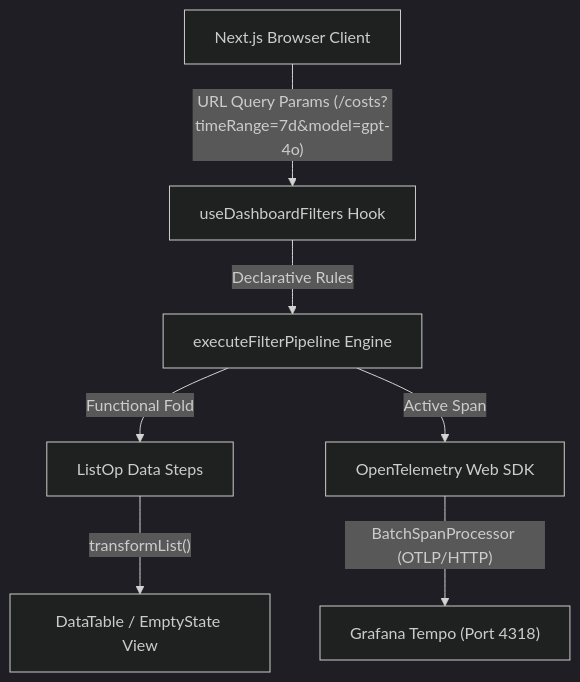
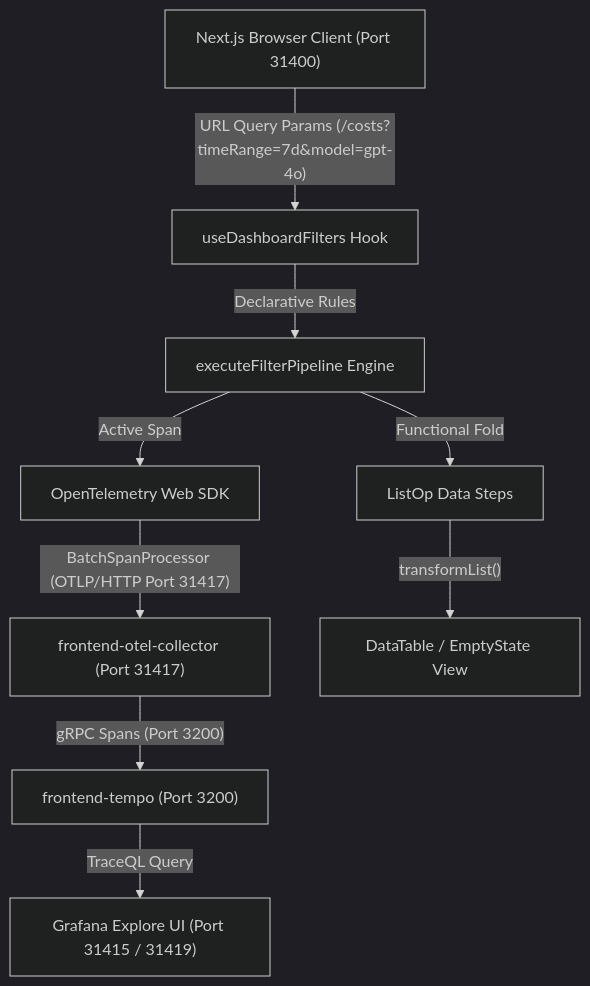
The first of 2 diagrams in packages/node/web-app/adr/0005-deep-linkable-url-filters-and-opentelemetry-tracing.md (Chief-Strategist-J/llm-observability-platform), drawn with Mermaid (dark theme) before and after one commit. The commit also changed other lines of this file and 31 other files, not shown here.

````diff
--- a/packages/node/web-app/adr/0005-deep-linkable-url-filters-and-opentelemetry-tracing.md
+++ b/packages/node/web-app/adr/0005-deep-linkable-url-filters-and-opentelemetry-tracing.md
@@ -31,9 +32,11 @@
 ```mermaid
 graph TD
-    Browser["Next.js Browser Client"] -->|"URL Query Params (/costs?timeRange=7d&model=gpt-4o)"| Hook["useDashboardFilters Hook"]
+    Browser["Next.js Browser Client (Port 31400)"] -->|"URL Query Params (/costs?timeRange=7d&model=gpt-4o)"| Hook["useDashboardFilters Hook"]
     Hook -->|"Declarative Rules"| Pipeline["executeFilterPipeline Engine"]
     Pipeline -->|"Functional Fold"| ListOps["ListOp Data Steps"]
     Pipeline -->|"Active Span"| OTEL["OpenTelemetry Web SDK"]
-    OTEL -->|"BatchSpanProcessor (OTLP/HTTP)"| Tempo["Grafana Tempo (Port 4318)"]
+    OTEL -->|"BatchSpanProcessor (OTLP/HTTP Port 31417)"| Collector["frontend-otel-collector (Port 31417)"]
+    Collector -->|"gRPC Spans (Port 3200)"| Tempo["frontend-tempo (Port 3200)"]
+    Tempo -->|"TraceQL Query"| Grafana["Grafana Explore UI (Port 31415 / 31419)"]
     ListOps -->|"transformList()"| UI["DataTable / EmptyState View"]
 ```
````
